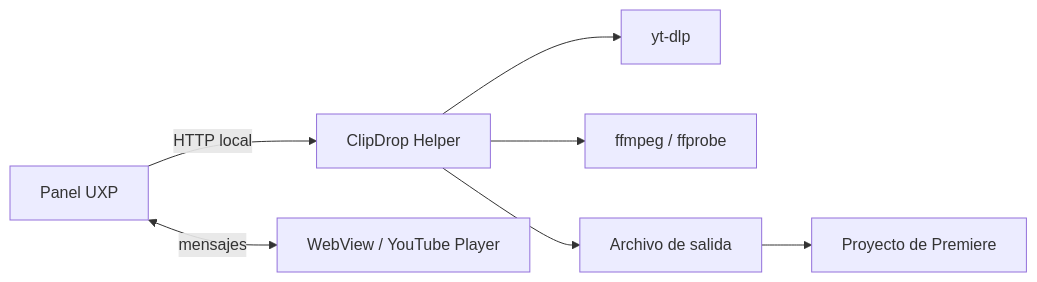
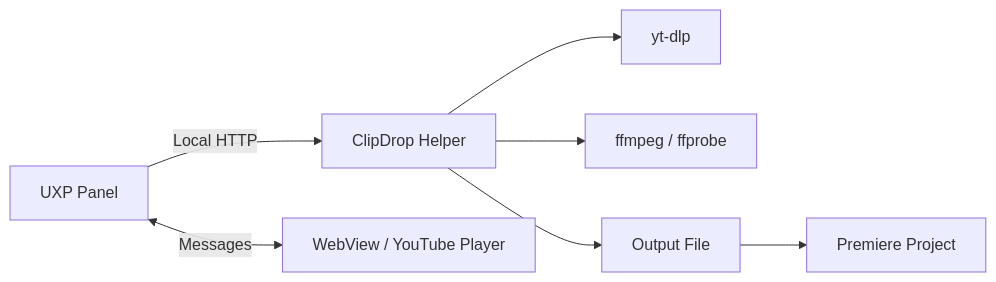
One commit to smithplus/clipdrop changed the diagram in docs/architecture.md. Above: the diagram before and after it, drawn with Mermaid. The commit also changed other lines of this file and 40 other files, not shown here.

````diff
--- a/docs/architecture.md
+++ b/docs/architecture.md
@@ -6,9 +6,9 @@
 ```mermaid
 flowchart LR
-  U["Panel UXP"] -->|"HTTP local"| H["ClipDrop Helper"]
-  U <-->|"mensajes"| W["WebView / YouTube Player"]
+  U["UXP Panel"] -->|"Local HTTP"| H["ClipDrop Helper"]
+  U <-->|"Messages"| W["WebView / YouTube Player"]
   H --> Y["yt-dlp"]
   H --> F["ffmpeg / ffprobe"]
-  H --> O["Archivo de salida"]
-  O --> P["Proyecto de Premiere"]
+  H --> O["Output File"]
+  O --> P["Premiere Project"]
 ```
````
